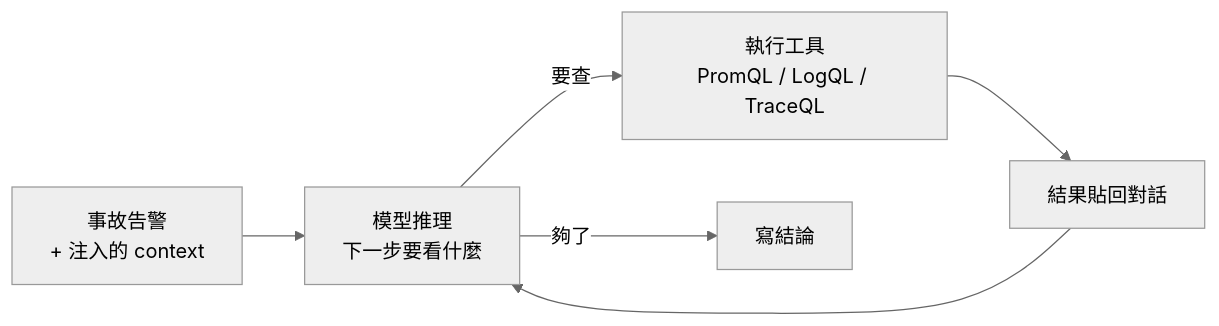
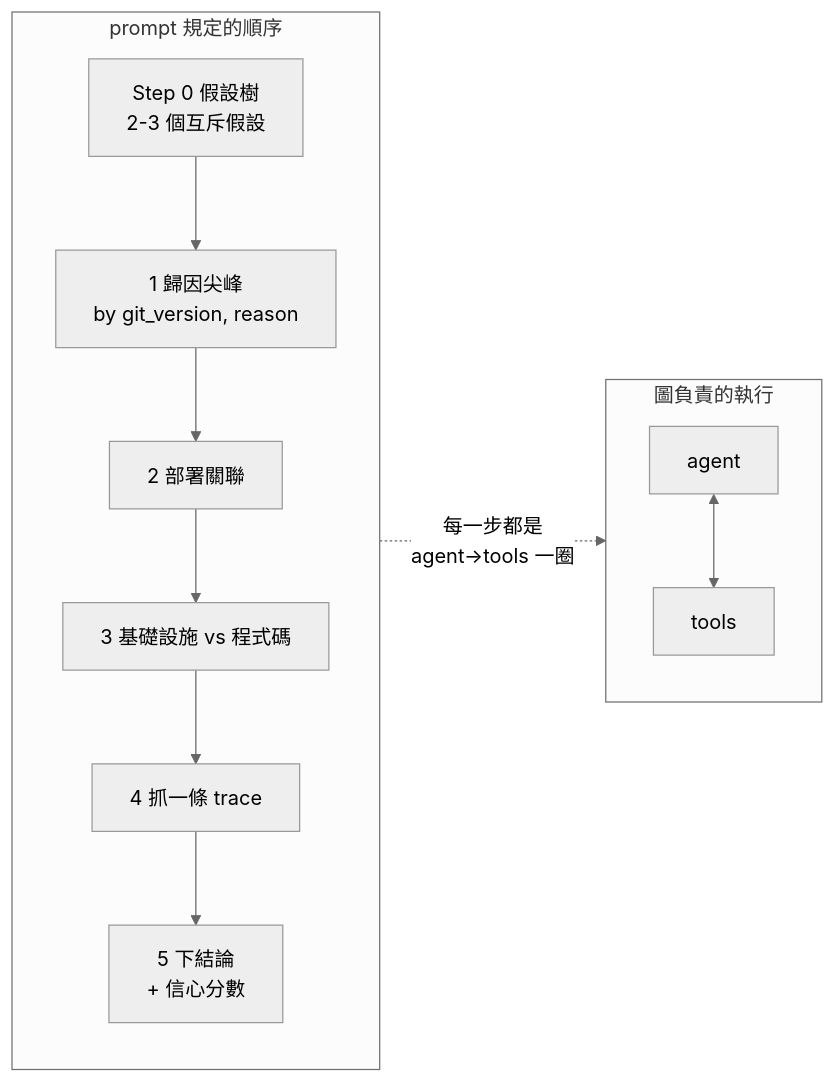
Before and after one commit to tedmax100/o11y-bench: the second of 3 diagrams in weaver-demo/ironman-2026/day20.md, drawn with Mermaid (neutral theme). The commit also changed other lines of this file and 81 other files, not shown here.

````diff
--- a/weaver-demo/ironman-2026/day20.md
+++ b/weaver-demo/ironman-2026/day20.md
@@ -38,8 +262,14 @@
 ```mermaid
 flowchart LR
-    Q["事故告警<br/>+ 注入的 context"] --> R["模型推理<br/>下一步要看什麼"]
-    R -->|"要查"| A["執行工具<br/>PromQL / LogQL / TraceQL"]
-    A --> O["結果貼回對話"]
-    O --> R
-    R -->|"夠了"| ANS["寫結論"]
+    subgraph P["prompt 規定的順序"]
+        H["Step 0 假設樹<br/>2-3 個互斥假設"] --> Q1["1 歸因尖峰<br/>by git_version, reason"]
+        Q1 --> Q2["2 部署關聯"]
+        Q2 --> Q3["3 基礎設施 vs 程式碼"]
+        Q3 --> Q4["4 抓一條 trace"]
+        Q4 --> C["5 下結論<br/>+ 信心分數"]
+    end
+    subgraph G["圖負責的執行"]
+        AG["agent"] <--> TL["tools"]
+    end
+    P -.->|"每一步都是<br/>agent→tools 一圈"| G
 ```
````
